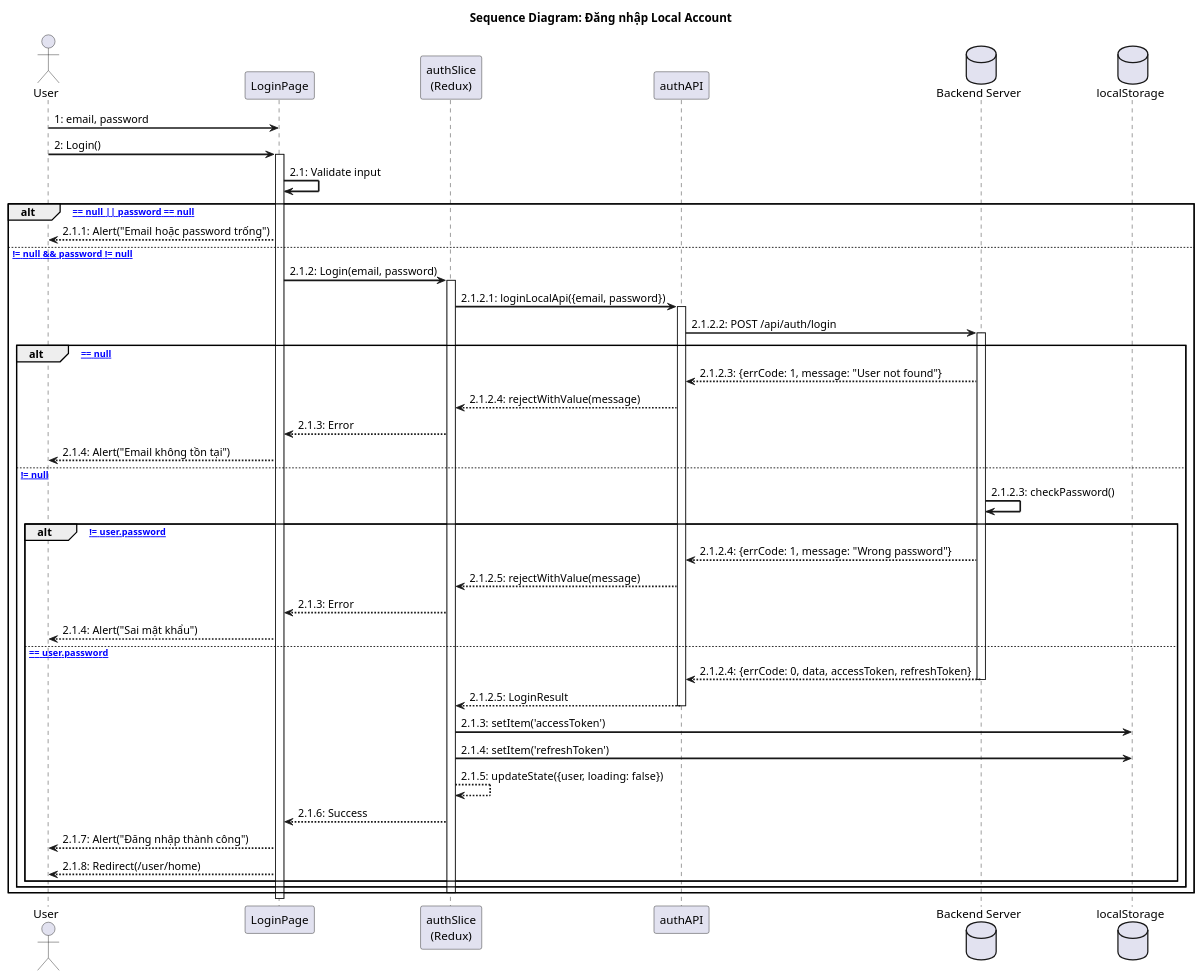
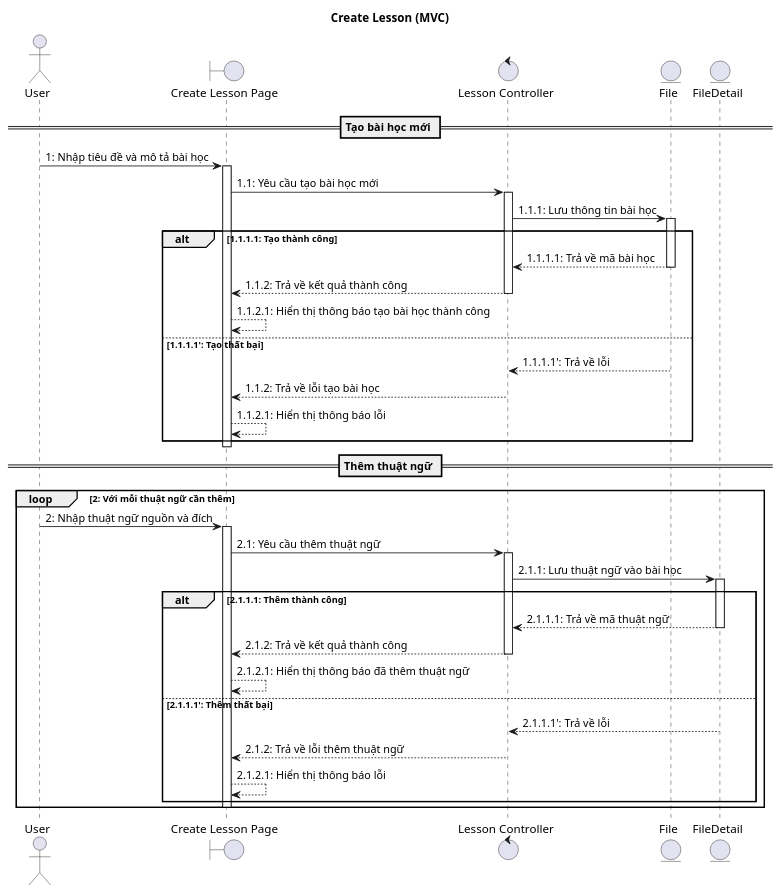
One commit to quangnguyen11111111/LearnFast changed the second of 9 diagrams in readmeSequence.md. Above: the diagram before and after it, drawn with PlantUML. The commit also changed other lines of this file and 25 other files, not shown here.

````diff
--- a/readmeSequence.md
+++ b/readmeSequence.md
@@ -170,66 +150,58 @@
 ```plantuml
 @startuml
-skinparam sequenceArrowThickness 2
+title Create Lesson (MVC)
+actor "User" as User
+boundary "Create Lesson Page" as View
+control "Lesson Controller" as Controller
+entity "File" as MFile
+entity "FileDetail" as MFileDetail
 
-title Sequence Diagram: Đăng nhập Local Account
+== Tạo bài học mới ==
+User -> View: 1: Nhập tiêu đề và mô tả bài học
+activate View
+View -> Controller: 1.1: Yêu cầu tạo bài học mới
+activate Controller
+Controller -> MFile: 1.1.1: Lưu thông tin bài học
+activate MFile
 
-actor User
-participant "LoginPage" as LP
-participant "authSlice\n(Redux)" as Redux
-participant "authAPI" as API
-database "Backend Server" as Server
-database "localStorage" as LS
+alt 1.1.1.1: Tạo thành công
+    MFile --> Controller: 1.1.1.1: Trả về mã bài học
+    deactivate MFile
+    Controller --> View: 1.1.2: Trả về kết quả thành công
+    deactivate Controller
+    View --> View: 1.1.2.1: Hiển thị thông báo tạo bài học thành công
+else 1.1.1.1': Tạo thất bại
+    MFile --> Controller: 1.1.1.1': Trả về lỗi
+    deactivate MFile
+    Controller --> View: 1.1.2: Trả về lỗi tạo bài học
+    deactivate Controller
+    View --> View: 1.1.2.1: Hiển thị thông báo lỗi
+end
+deactivate View
 
-User -> LP: 1: email, password
-User -> LP: 2: Login()
-activate LP
+== Thêm thuật ngữ ==
+loop 2: Với mỗi thuật ngữ cần thêm
+    User -> View: 2: Nhập thuật ngữ nguồn và đích
+    activate View
+    View -> Controller: 2.1: Yêu cầu thêm thuật ngữ
+    activate Controller
+    Controller -> MFileDetail: 2.1.1: Lưu thuật ngữ vào bài học
+    activate MFileDetail
 
-LP -> LP: 2.1: Validate input
-alt [email == null || password == null]
-    LP --> User: 2.1.1: Alert("Email hoặc password trống")
-else [email != null && password != null]
-    LP -> Redux: 2.1.2: Login(email, password)
-    activate Redux
-
-    Redux -> API: 2.1.2.1: loginLocalApi({email, password})
-    activate API
-
-    API -> Server: 2.1.2.2: POST /api/auth/login
-    activate Server
-
-    alt [user == null]
-        Server --> API: 2.1.2.3: {errCode: 1, message: "User not found"}
-        API --> Redux: 2.1.2.4: rejectWithValue(message)
-        Redux --> LP: 2.1.3: Error
-        LP --> User: 2.1.4: Alert("Email không tồn tại")
-
-    else [user != null]
-        Server -> Server: 2.1.2.3: checkPassword()
-
-        alt [password != user.password]
-            Server --> API: 2.1.2.4: {errCode: 1, message: "Wrong password"}
-            API --> Redux: 2.1.2.5: rejectWithValue(message)
-            Redux --> LP: 2.1.3: Error
-            LP --> User: 2.1.4: Alert("Sai mật khẩu")
-
-        else [password == user.password]
-            Server --> API: 2.1.2.4: {errCode: 0, data, accessToken, refreshToken}
-            deactivate Server
-            API --> Redux: 2.1.2.5: LoginResult
-            deactivate API
-
-            Redux -> LS: 2.1.3: setItem('accessToken')
-            Redux -> LS: 2.1.4: setItem('refreshToken')
-            Redux --> Redux: 2.1.5: updateState({user, loading: false})
-
-            Redux --> LP: 2.1.6: Success
-            LP --> User: 2.1.7: Alert("Đăng nhập thành công")
-            LP --> User: 2.1.8: Redirect(/user/home)
-        end
+    alt 2.1.1.1: Thêm thành công
+        MFileDetail --> Controller: 2.1.1.1: Trả về mã thuật ngữ
+        deactivate MFileDetail
+        Controller --> View: 2.1.2: Trả về kết quả thành công
+        deactivate Controller
+        View --> View: 2.1.2.1: Hiển thị thông báo đã thêm thuật ngữ
+    else 2.1.1.1': Thêm thất bại
+        MFileDetail --> Controller: 2.1.1.1': Trả về lỗi
+        deactivate MFileDetail
+        Controller --> View: 2.1.2: Trả về lỗi thêm thuật ngữ
+        deactivate Controller
+        View --> View: 2.1.2.1: Hiển thị thông báo lỗi
     end
-    deactivate Redux
+    deactivate View
 end
-deactivate LP
-
 @enduml
 ```
````
